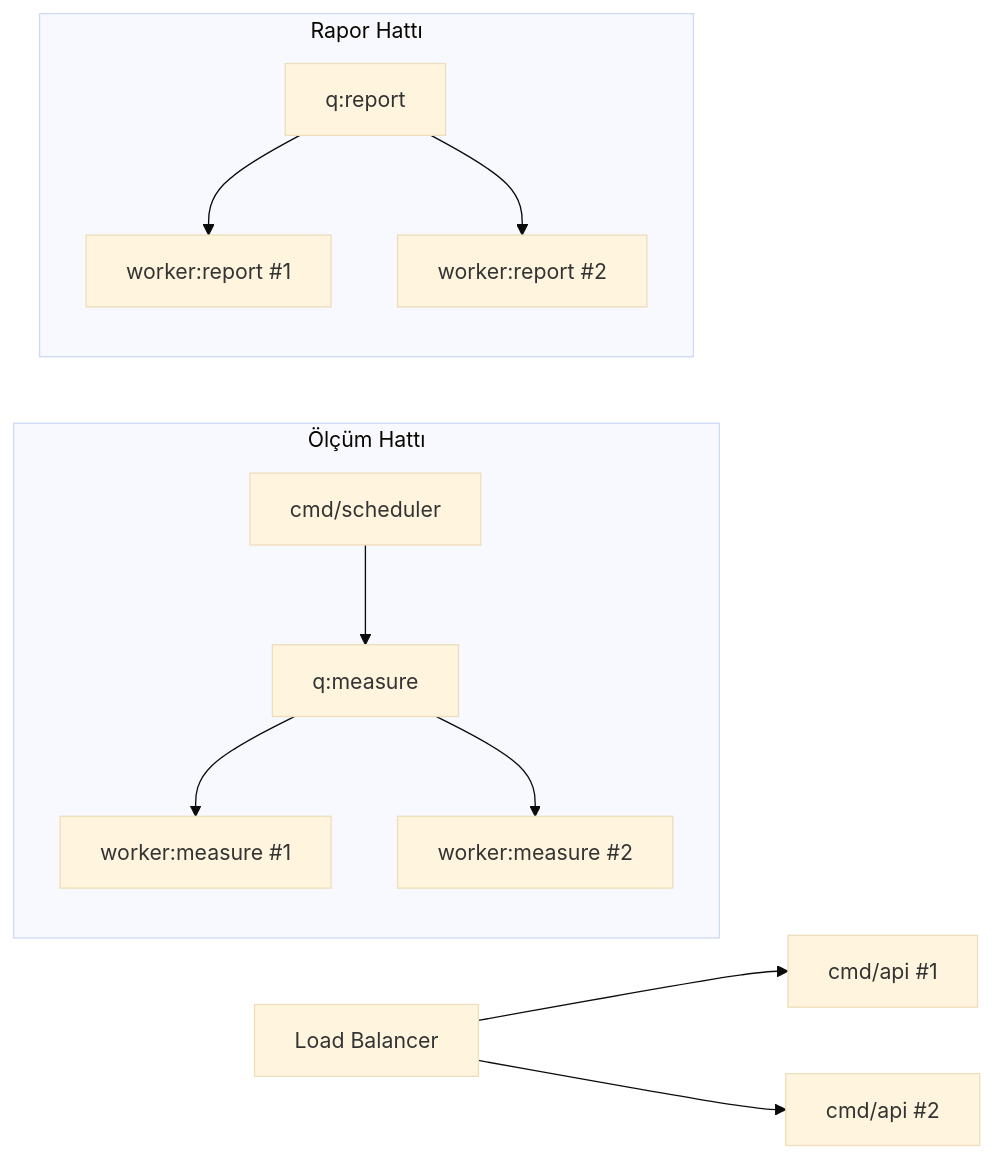
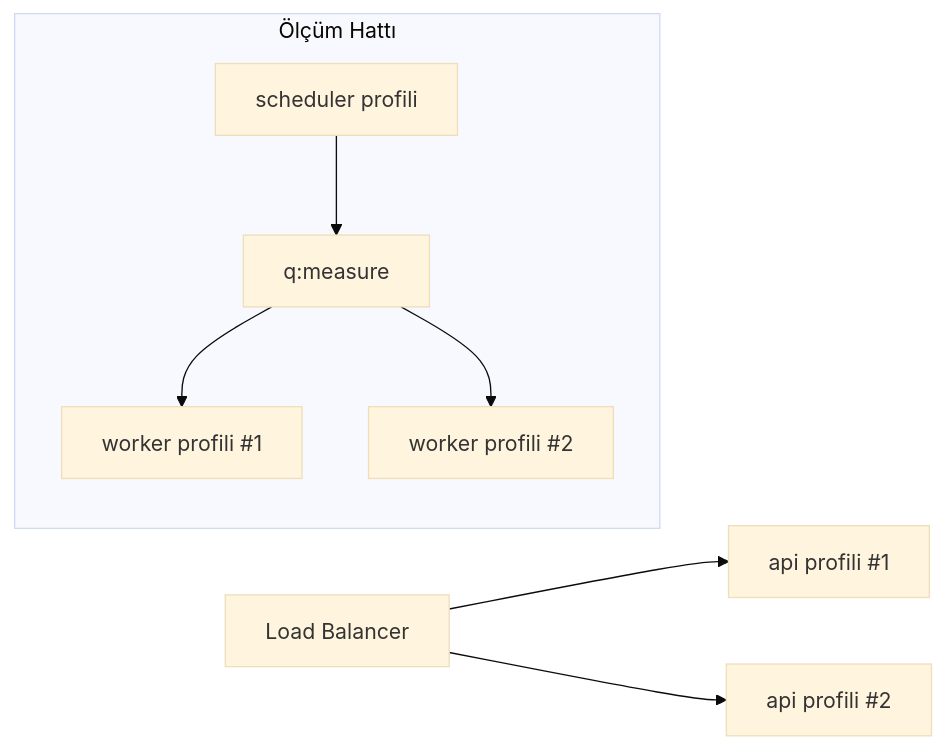
Before and after one commit to duygucanalp-cell/geolens: the diagram in platform/docs/05-architecture/0509-scalability.md, drawn with Mermaid (base theme). The commit also changed other lines of this file and 18 other files, not shown here.

````diff
--- a/platform/docs/05-architecture/0509-scalability.md
+++ b/platform/docs/05-architecture/0509-scalability.md
@@ -62,16 +62,11 @@
 ```mermaid
 graph LR
-    LB[Load Balancer] --> API1[cmd/api #1]
-    LB --> API2[cmd/api #2]
+    LB[Load Balancer] --> API1[api profili #1]
+    LB --> API2[api profili #2]
     
     subgraph "Ölçüm Hattı"
-        S[cmd/scheduler] --> QM[q:measure]
-        QM --> W1[worker:measure #1]
-        QM --> W2[worker:measure #2]
-    end
-    
-    subgraph "Rapor Hattı"
-        QR[q:report] --> W3[worker:report #1]
-        QR --> W4[worker:report #2]
+        S[scheduler profili] --> QM[q:measure]
+        QM --> W1[worker profili #1]
+        QM --> W2[worker profili #2]
     end
 ```
````
